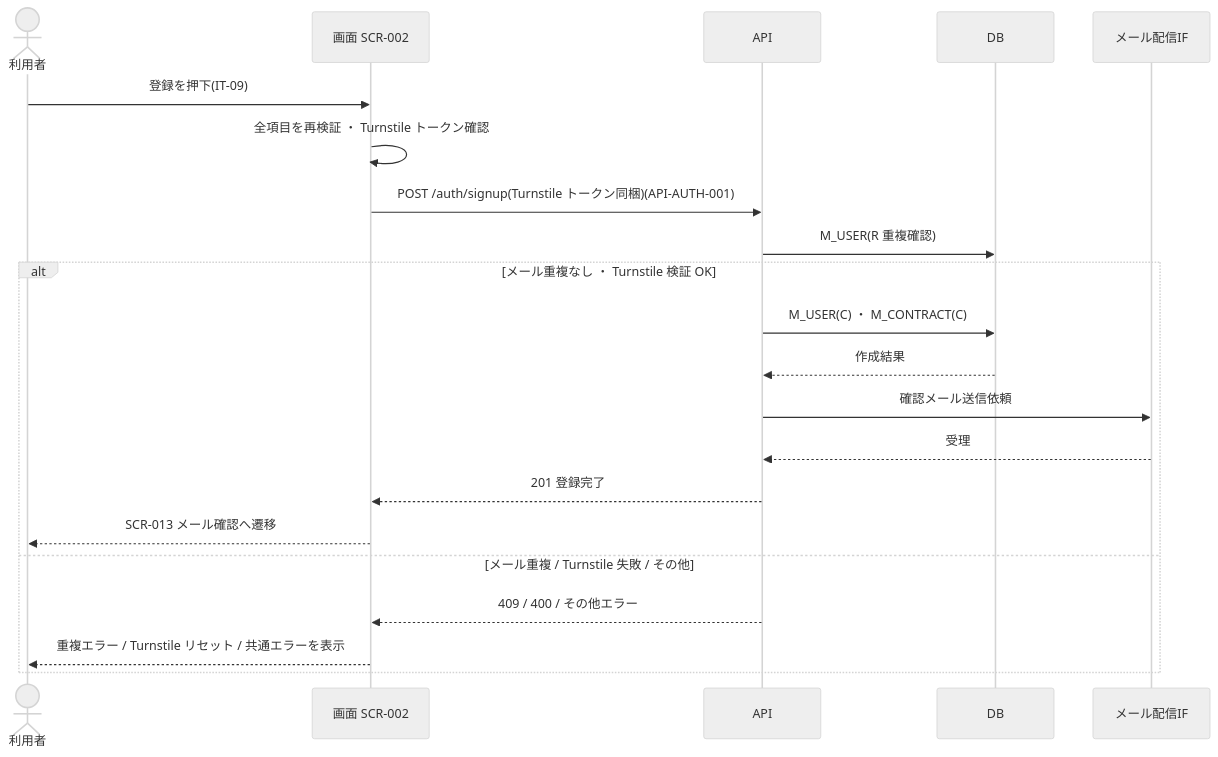
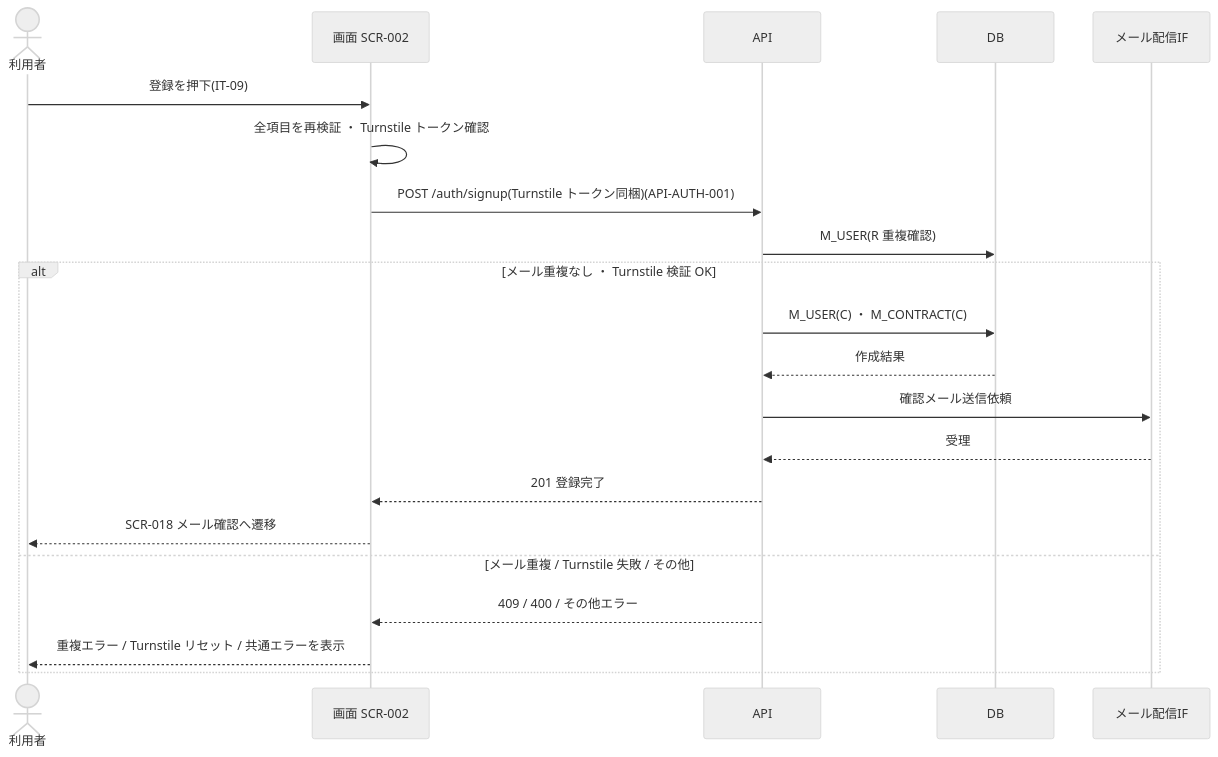
Before and after one commit to sikakou54/open-faq: the diagram in 01_requirements/02_business_usecases/UC-016.md, drawn with Mermaid (neutral theme). The commit also changed other lines of this file and 617 other files, not shown here.

````diff
--- a/01_requirements/02_business_usecases/UC-016.md
+++ b/01_requirements/02_business_usecases/UC-016.md
@@ -43,23 +43,23 @@
 ```mermaid
 sequenceDiagram
   actor U as 利用者
   participant S as 画面 SCR-002
   participant API as API
   participant DB as DB
   participant ML as メール配信IF
   U->>S: 登録を押下(IT-09)
   S->>S: 全項目を再検証 ・ Turnstile トークン確認
   S->>API: POST /auth/signup(Turnstile トークン同梱)(API-AUTH-001)
   API->>DB: M_USER(R 重複確認)
   alt メール重複なし ・ Turnstile 検証 OK
     API->>DB: M_USER(C) ・ M_CONTRACT(C)
     DB-->>API: 作成結果
     API->>ML: 確認メール送信依頼
     ML-->>API: 受理
     API-->>S: 201 登録完了
-    S-->>U: SCR-013 メール確認へ遷移
+    S-->>U: SCR-018 メール確認へ遷移
   else メール重複 / Turnstile 失敗 / その他
     API-->>S: 409 / 400 / その他エラー
     S-->>U: 重複エラー / Turnstile リセット / 共通エラーを表示
   end
 ```
````
